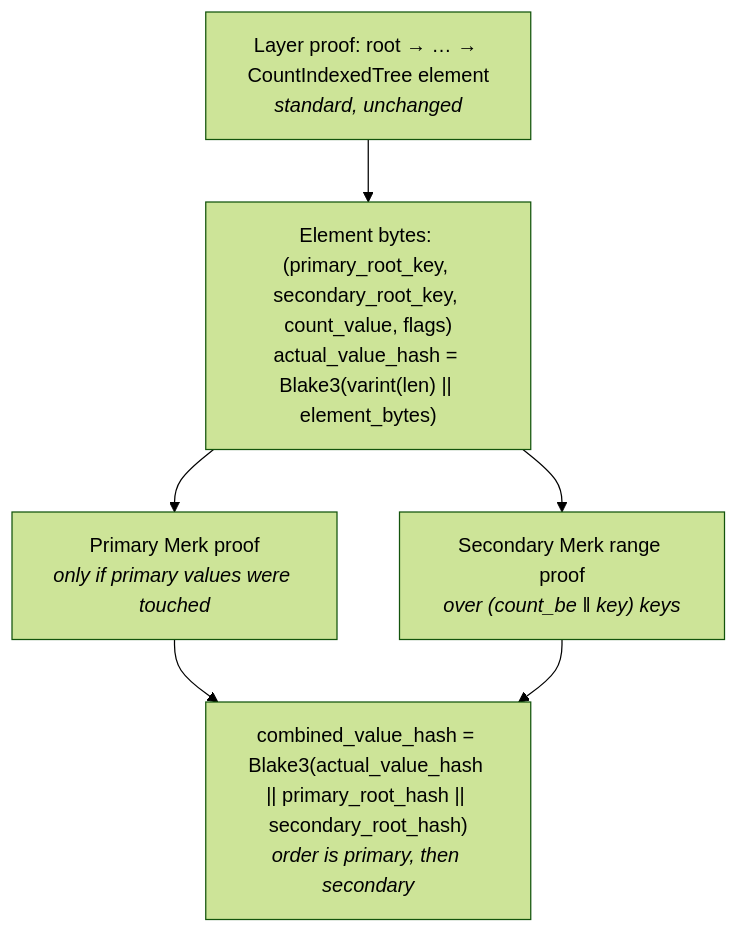
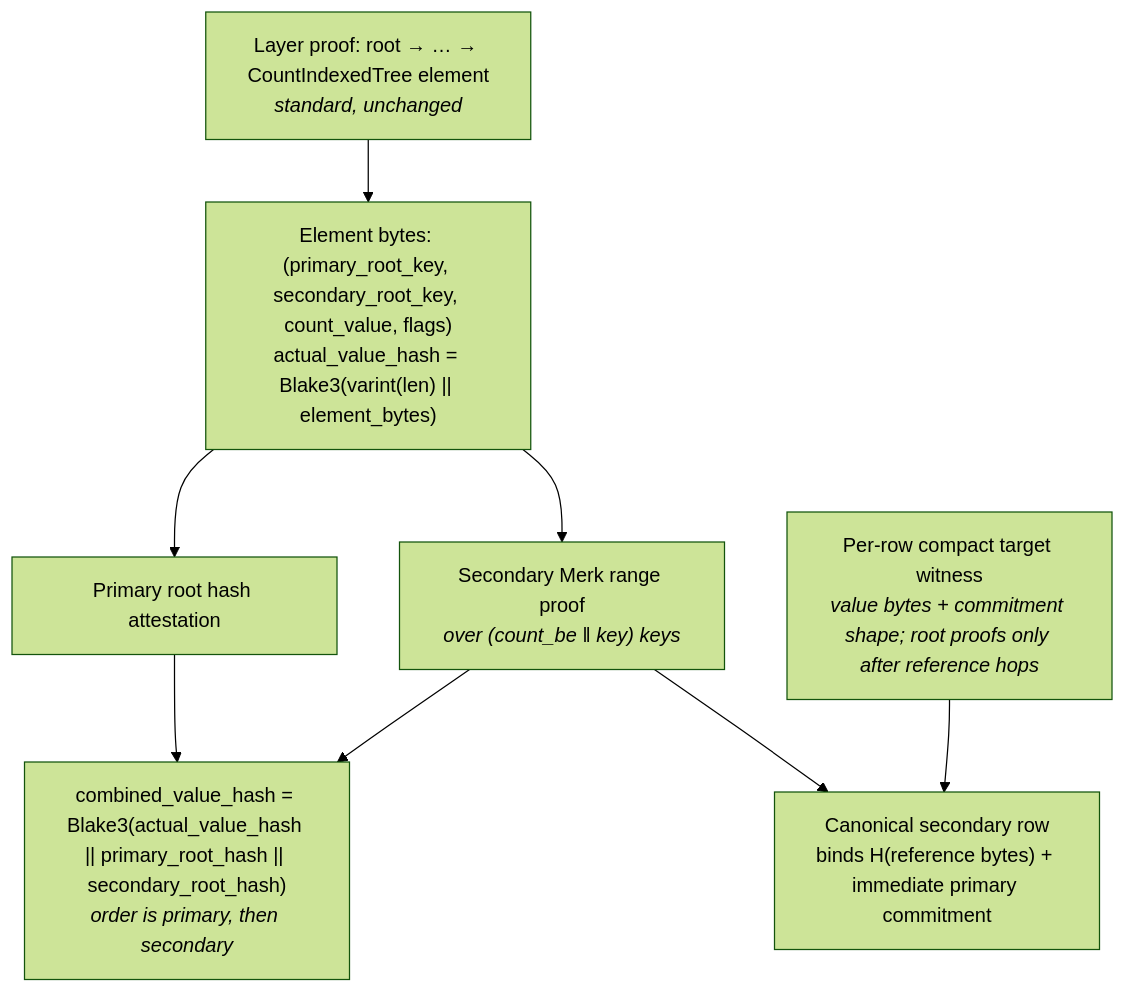
Before and after one commit to dashpay/grovedb: the third of 3 diagrams in docs/book/src/count-indexed-tree.md, drawn with Mermaid (forest theme). The commit also changed other lines of this file and 32 other files, not shown here.

Commit message:
optimize indexed reference row proofs

````diff
--- a/docs/book/src/count-indexed-tree.md
+++ b/docs/book/src/count-indexed-tree.md
@@ -600,14 +634,18 @@
 ```mermaid
 graph TD
     L0["Layer proof: root → … → CountIndexedTree element<br/><i>standard, unchanged</i>"]
     EL["Element bytes: (primary_root_key, secondary_root_key, count_value, flags)<br/>actual_value_hash = Blake3(varint(len) || element_bytes)"]
-    L1A["Primary Merk proof<br/><i>only if primary values were touched</i>"]
+    PR["Primary root hash attestation"]
     L1B["Secondary Merk range proof<br/><i>over (count_be ‖ key) keys</i>"]
+    TW["Per-row compact target witness<br/><i>value bytes + commitment shape; root proofs only after reference hops</i>"]
+    ROW["Canonical secondary row<br/>binds H(reference bytes) + immediate primary commitment"]
     COMB["combined_value_hash = Blake3(actual_value_hash || primary_root_hash || secondary_root_hash)<br/><i>order is primary, then secondary</i>"]
 
     L0 --> EL
-    EL --> L1A
+    EL --> PR
     EL --> L1B
-    L1A --> COMB
+    L1B --> ROW
+    TW --> ROW
+    PR --> COMB
     L1B --> COMB
 ```
````
